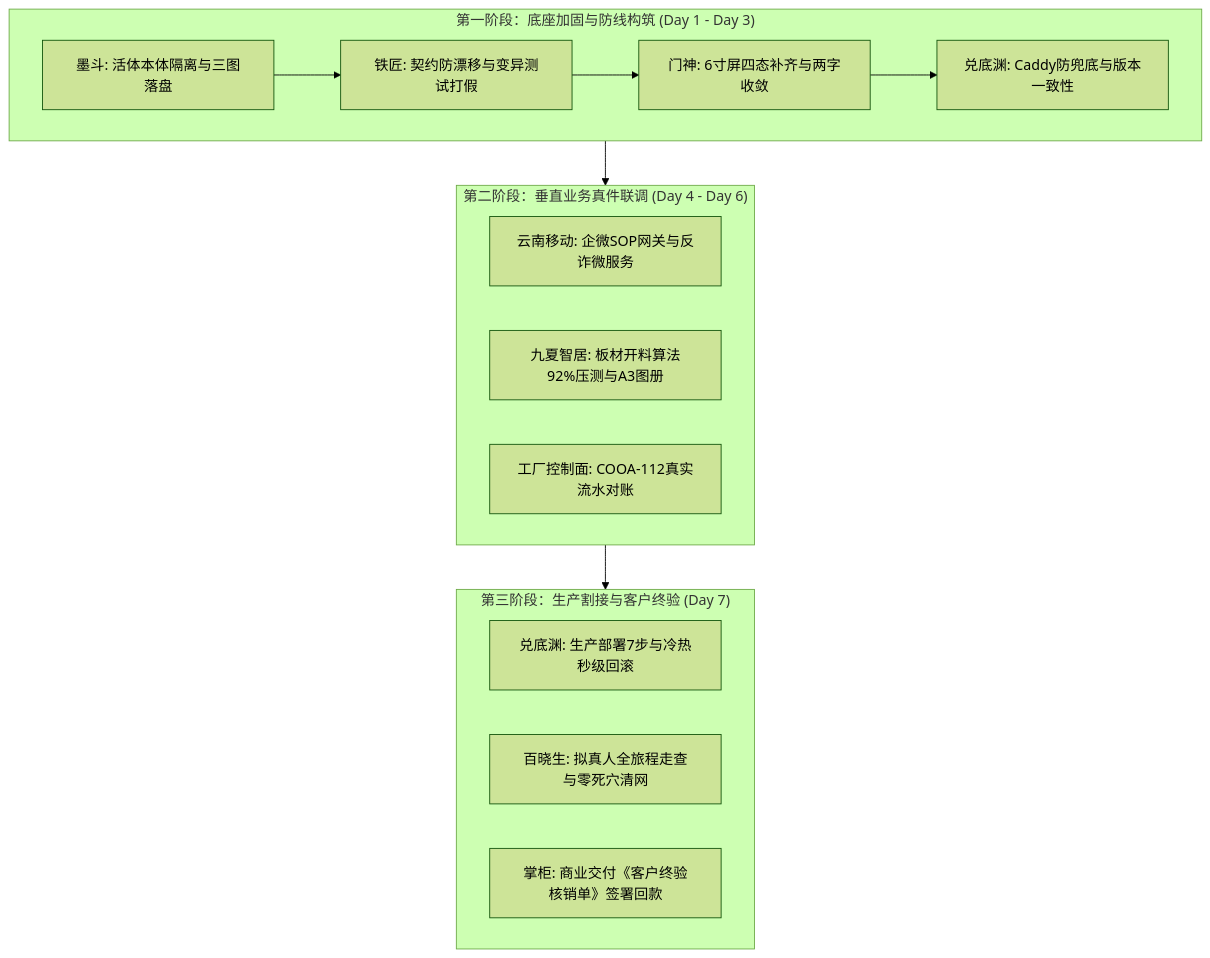
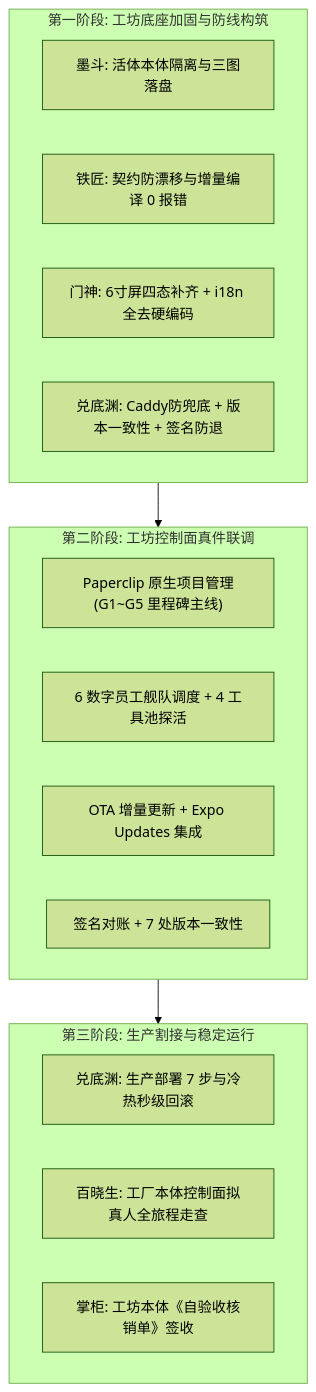
One commit to xaicd/coolie changed the first of 2 diagrams in docs-coolie/QA/2026-10-12-wave378-launch-worklist.md. Above: the diagram before and after it, drawn with Mermaid (forest theme). The commit also changed other lines of this file, not shown here.

````diff
--- a/docs-coolie/QA/2026-10-12-wave378-launch-worklist.md
+++ b/docs-coolie/QA/2026-10-12-wave378-launch-worklist.md
@@ -35,22 +45,21 @@
 ```mermaid
 flowchart TD
-    subgraph G0["第一阶段：底座加固与防线构筑 (Day 1 - Day 3)"]
-        A1["墨斗: 活体本体隔离与三图落盘"] --> A2["铁匠: 契约防漂移与变异测试打假"]
-        A2 --> A3["门神: 6寸屏四态补齐与两字收敛"]
-        A3 --> A4["兑底渊: Caddy防兜底与版本一致性"]
+    subgraph G0["第一阶段: 工坊底座加固与防线构筑"]
+        A1["墨斗: 活体本体隔离与三图落盘"]
+        A2["铁匠: 契约防漂移与增量编译 0 报错"]
+        A3["门神: 6寸屏四态补齐 + i18n 全去硬编码"]
+        A4["兑底渊: Caddy防兜底 + 版本一致性 + 签名防退"]
     end
-
-    subgraph G1["第二阶段：垂直业务真件联调 (Day 4 - Day 6)"]
-        B1["云南移动: 企微SOP网关与反诈微服务"]
-        B2["九夏智居: 板材开料算法92%压测与A3图册"]
-        B3["工厂控制面: COOA-112真实流水对账"]
+    subgraph G1["第二阶段: 工坊控制面真件联调"]
+        B1["Paperclip 原生项目管理(G1~G5 里程碑主线)"]
+        B2["6 数字员工舰队调度 + 4 工具池探活"]
+        B3["OTA 增量更新 + Expo Updates 集成"]
+        B4["签名对账 + 7 处版本一致性"]
     end
-
-    subgraph G2["第三阶段：生产割接与客户终验 (Day 7)"]
-        C1["兑底渊: 生产部署7步与冷热秒级回滚"]
-        C2["百晓生: 拟真人全旅程走查与零死穴清网"]
-        C3["掌柜: 商业交付《客户终验核销单》签署回款"]
+    subgraph G2["第三阶段: 生产割接与稳定运行"]
+        C1["兑底渊: 生产部署 7 步与冷热秒级回滚"]
+        C2["百晓生: 工厂本体控制面拟真人全旅程走查"]
+        C3["掌柜: 工坊本体《自验收核销单》签收"]
     end
-
     G0 --> G1 --> G2
 ```
````
